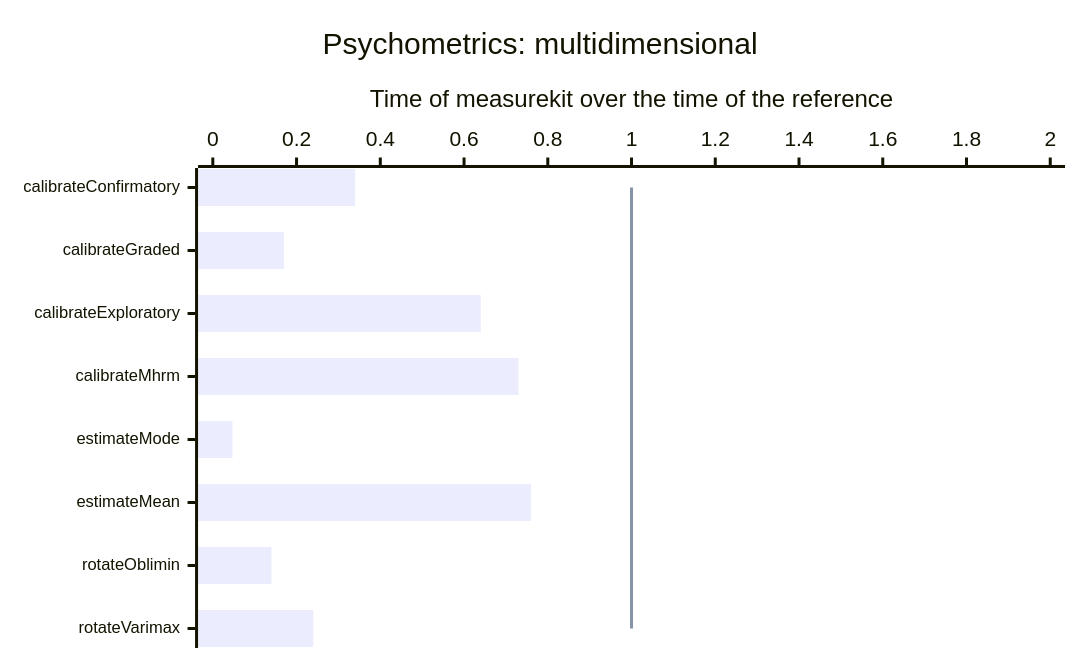
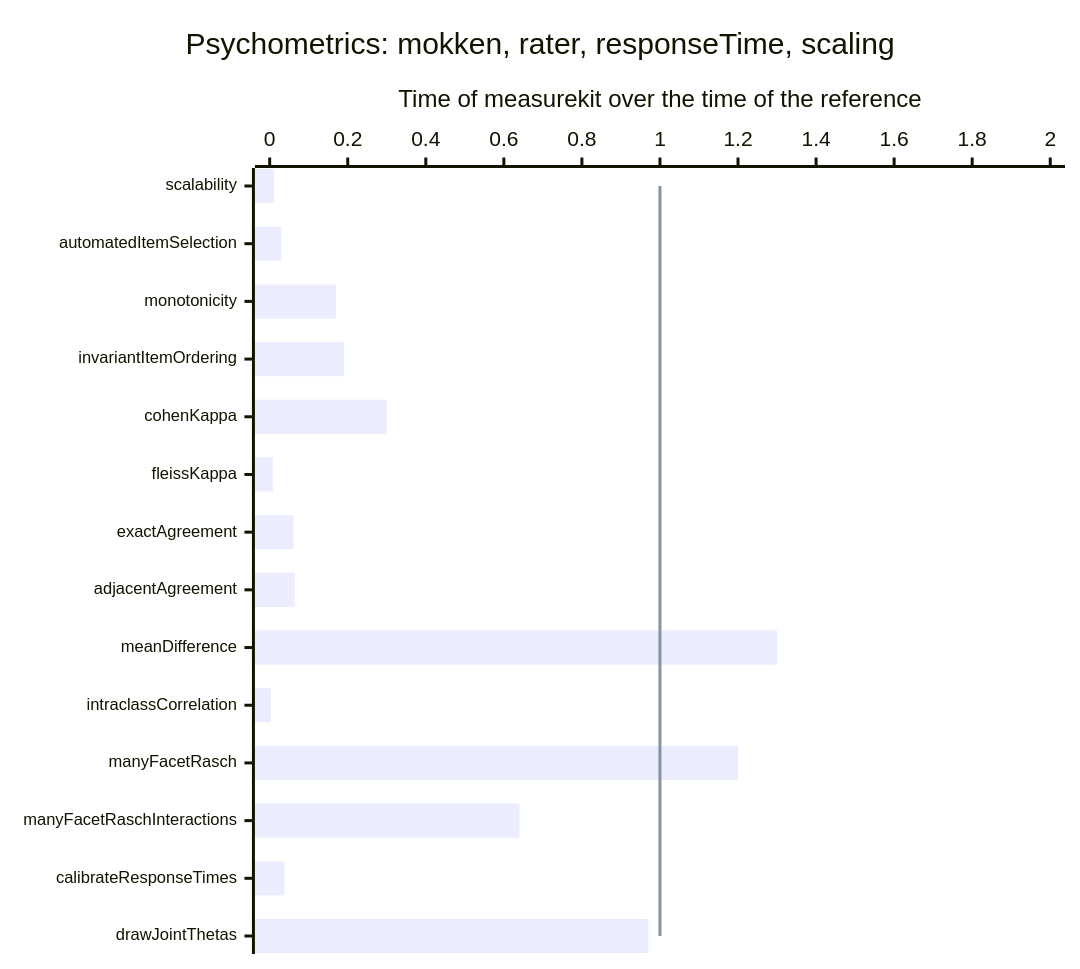
Before and after one commit to measurekit/measurekit: the eighth of 12 diagrams in docs/performance.md, drawn with Mermaid. The commit also changed other lines of this file and 2 other files, not shown here.

````diff
--- a/docs/performance.md
+++ b/docs/performance.md
@@ -83,9 +83,9 @@
 ```mermaid
-%%{init: {"xyChart": {"height": 422, "xAxis": {"labelFontSize": 11}}}}%%
+%%{init: {"xyChart": {"height": 626, "xAxis": {"labelFontSize": 11}}}}%%
 xychart-beta horizontal
-  title "Psychometrics: multidimensional"
-  x-axis ["calibrateConfirmatory", "calibrateGraded", "calibrateExploratory", "calibrateMhrm", "estimateMode", "estimateMean", "rotateOblimin", "rotateVarimax"]
+  title "Psychometrics: mokken, rater, responseTime, scaling"
+  x-axis ["scalability", "automatedItemSelection", "monotonicity", "invariantItemOrdering", "cohenKappa", "fleissKappa", "exactAgreement", "adjacentAgreement", "meanDifference", "intraclassCorrelation", "manyFacetRasch", "manyFacetRaschInteractions", "calibrateResponseTimes", "drawJointThetas"]
   y-axis "Time of measurekit over the time of the reference" 0 --> 2
-  bar [0.34, 0.17, 0.64, 0.73, 0.047, 0.76, 0.14, 0.24]
-  line [1, 1, 1, 1, 1, 1, 1, 1, 1]
+  bar [0.011, 0.03, 0.17, 0.19, 0.3, 0.0081, 0.061, 0.064, 1.3, 0.0029, 1.2, 0.64, 0.038, 0.97]
+  line [1, 1, 1, 1, 1, 1, 1, 1, 1, 1, 1, 1, 1, 1]
 ```
````
